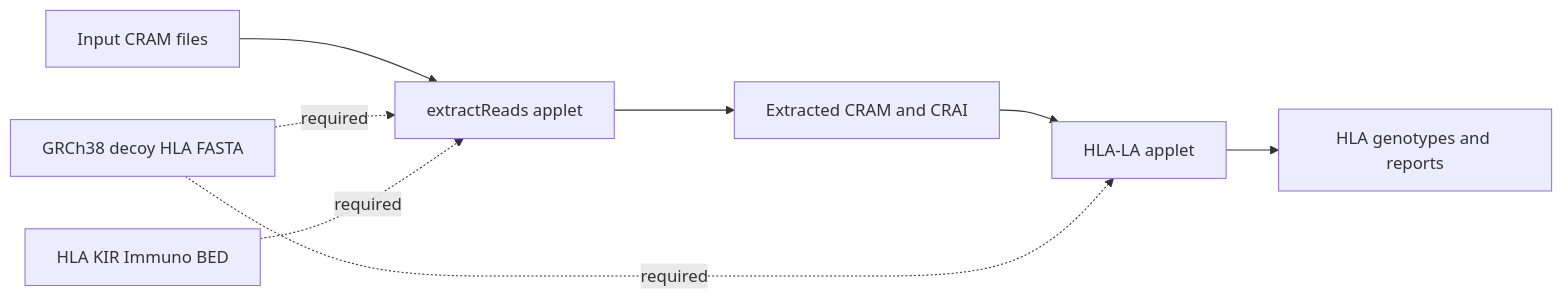
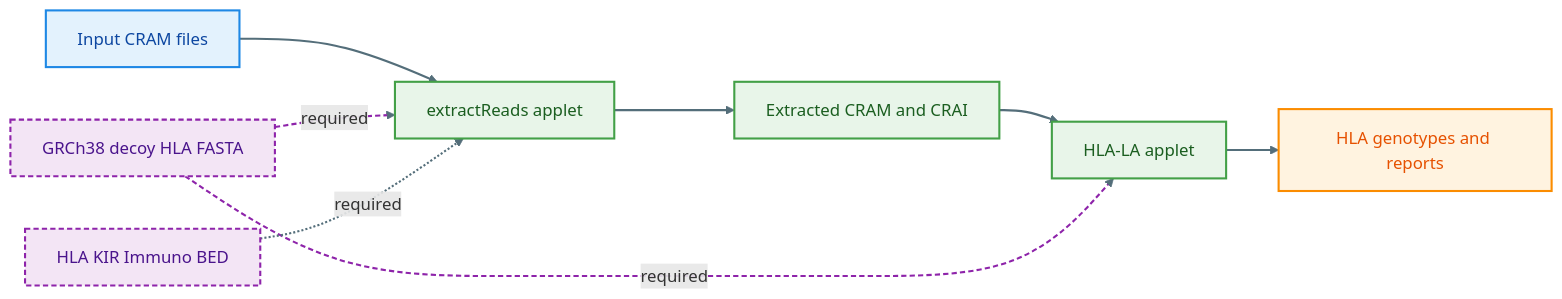
The diagram in README.md (nanjalaruth/HLA-analysis-on-DNA-Nexus), drawn with Mermaid before and after one commit. The commit also changed other lines of this file, not shown here.

````diff
--- a/README.md
+++ b/README.md
@@ -13,10 +13,25 @@
 ```mermaid
 flowchart LR
   CRAM[Input CRAM files] --> EX[extractReads applet]
   EX --> XCRAM[Extracted CRAM and CRAI]
   XCRAM --> HLA[HLA-LA applet]
   HLA --> OUT[HLA genotypes and reports]
   REF[GRCh38 decoy HLA FASTA] -. required .-> EX
   REF -. required .-> HLA
   BED[HLA KIR Immuno BED] -. required .-> EX
+
+  %% Classes
+  classDef inputNode fill:#E3F2FD,stroke:#1E88E5,stroke-width:2px,color:#0D47A1;
+  classDef processNode fill:#E8F5E9,stroke:#43A047,stroke-width:2px,color:#1B5E20;
+  classDef outputNode fill:#FFF3E0,stroke:#FB8C00,stroke-width:2px,color:#E65100;
+  classDef refNode fill:#F3E5F5,stroke:#8E24AA,stroke-width:2px,color:#4A148C,stroke-dasharray: 5 3;
+
+  class CRAM inputNode;
+  class EX,XCRAM,HLA processNode;
+  class OUT outputNode;
+  class REF,BED refNode;
+
+  %% Optional link styling
+  linkStyle default stroke:#546E7A,stroke-width:2px;
+  linkStyle 4,5 stroke:#8E24AA,stroke-dasharray: 5 3;
 ```
````
